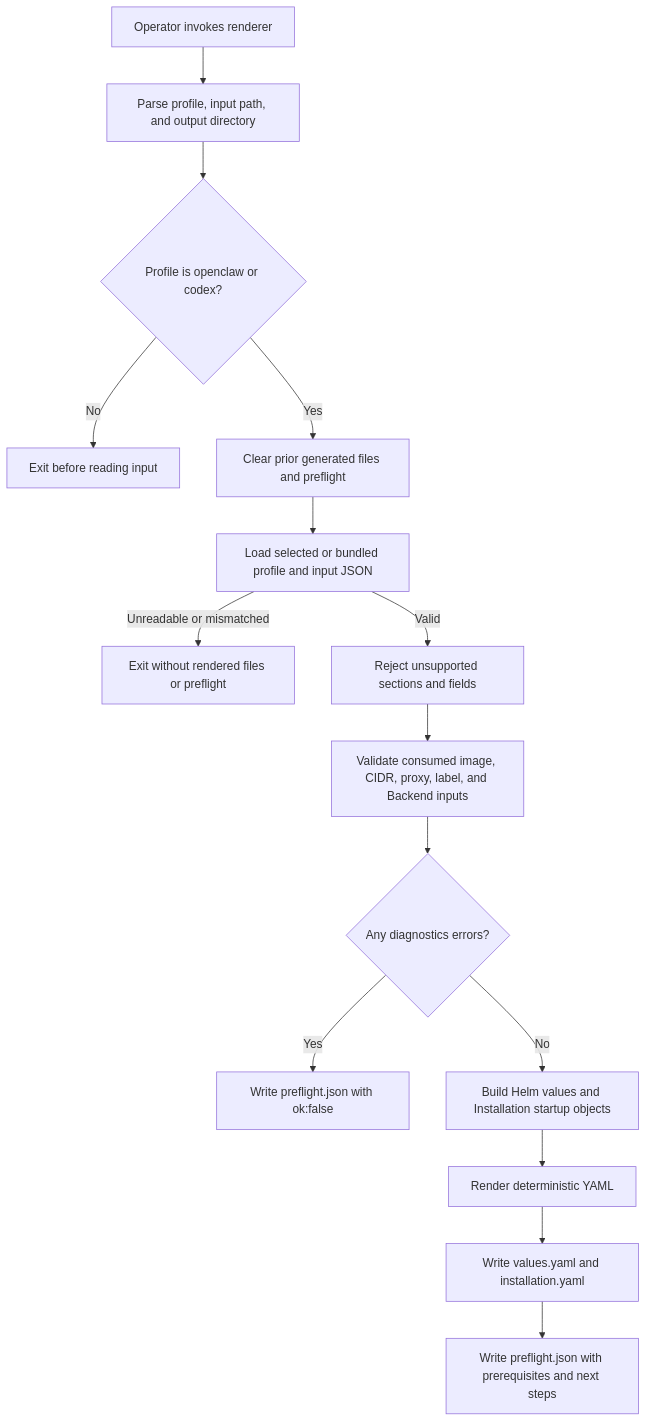
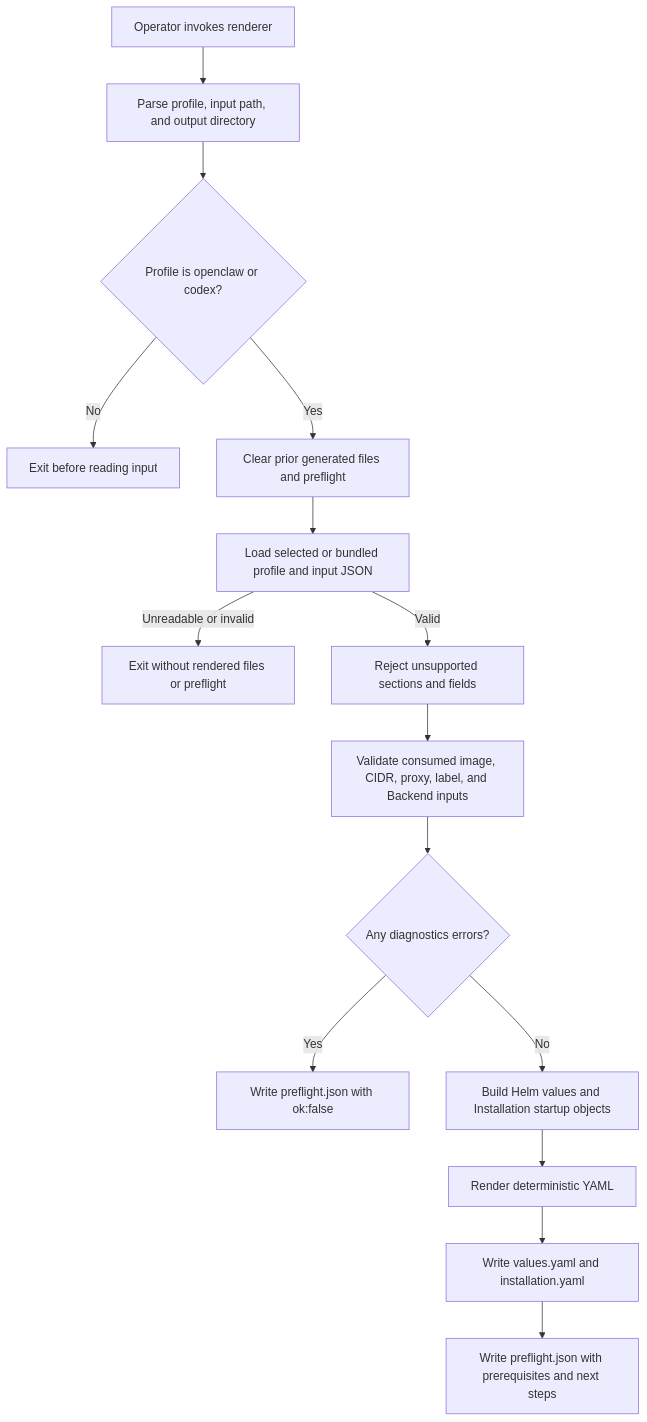
The diagram in docs/flows/installation-profile-rendering.md (openclaw/openclaw-enterprise), drawn with Mermaid before and after one commit. The commit also changed other lines of this file and 7 other files, not shown here.

````diff
--- a/docs/flows/installation-profile-rendering.md
+++ b/docs/flows/installation-profile-rendering.md
@@ -29,17 +29,17 @@
 ```mermaid
 graph TD
   A["Operator invokes renderer"] --> B["Parse profile, input path, and output directory"]
   B --> C{"Profile is openclaw or codex?"}
   C -->|No| X["Exit before reading input"]
   C -->|Yes| R["Clear prior generated files and preflight"]
   R --> D["Load selected or bundled profile and input JSON"]
-  D -->|Unreadable or mismatched| Y["Exit without rendered files or preflight"]
+  D -->|Unreadable or invalid| Y["Exit without rendered files or preflight"]
   D -->|Valid| E["Reject unsupported sections and fields"]
   E --> F["Validate consumed image, CIDR, proxy, label, and Backend inputs"]
   F --> G{"Any diagnostics errors?"}
   G -->|Yes| H["Write preflight.json with ok:false"]
   G -->|No| I["Build Helm values and Installation startup objects"]
   I --> J["Render deterministic YAML"]
   J --> K["Write values.yaml and installation.yaml"]
   K --> L["Write preflight.json with prerequisites and next steps"]
 ```
````
